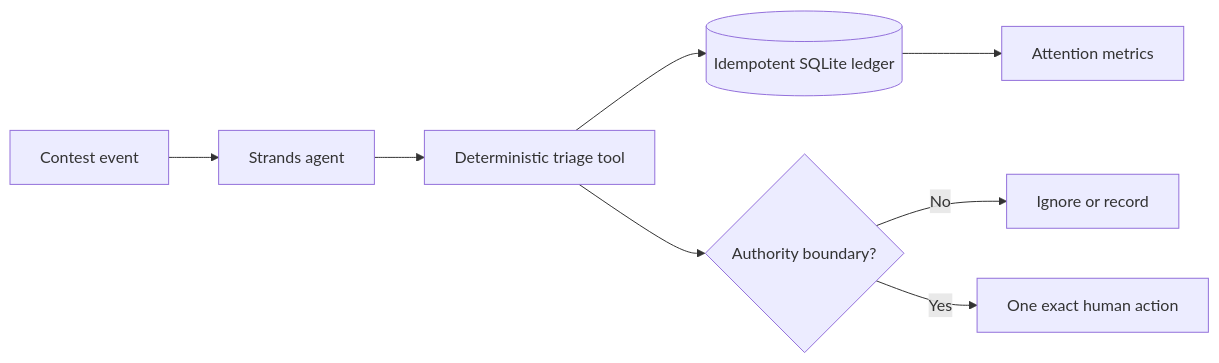
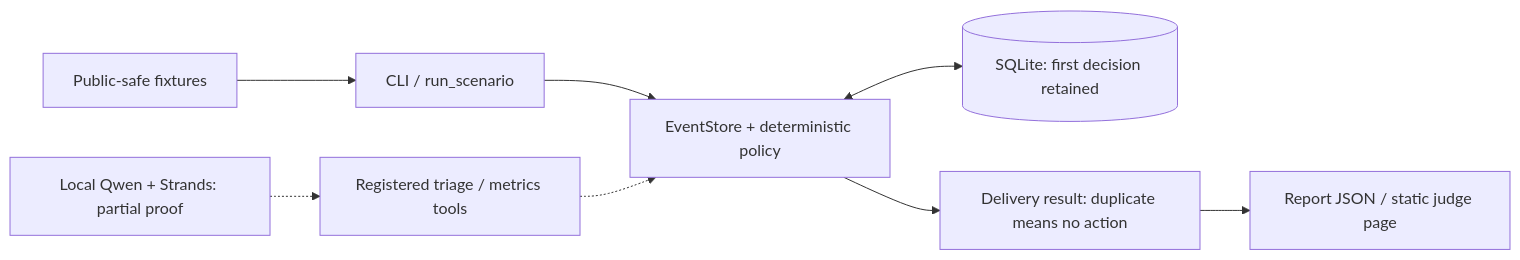
One commit to Peanuts1605/only-when-it-matters changed the diagram in README.md. Above: the diagram before and after it, drawn with Mermaid. The commit also changed other lines of this file and 16 other files, not shown here.

Commit message:
Fix quiet retries across Strands worker threads and publish bounded model proof

````diff
--- a/README.md
+++ b/README.md
@@ -32,10 +39,10 @@
 ```mermaid
 flowchart LR
-    A[Contest event] --> B[Strands agent]
-    B --> C[Deterministic triage tool]
-    C --> D[(Idempotent SQLite ledger)]
-    C --> E{Authority boundary?}
-    E -->|No| F[Ignore or record]
-    E -->|Yes| G[One exact human action]
-    D --> H[Attention metrics]
+    A[Public-safe fixtures] --> B[CLI / run_scenario]
+    B --> C[EventStore + deterministic policy]
+    S[Local Qwen + Strands: partial proof] -.-> T[Registered triage / metrics tools]
+    T -.-> C
+    C <--> D[(SQLite: first decision retained)]
+    C --> E[Delivery result: duplicate means no action]
+    E --> F[Report JSON / static judge page]
 ```
````
